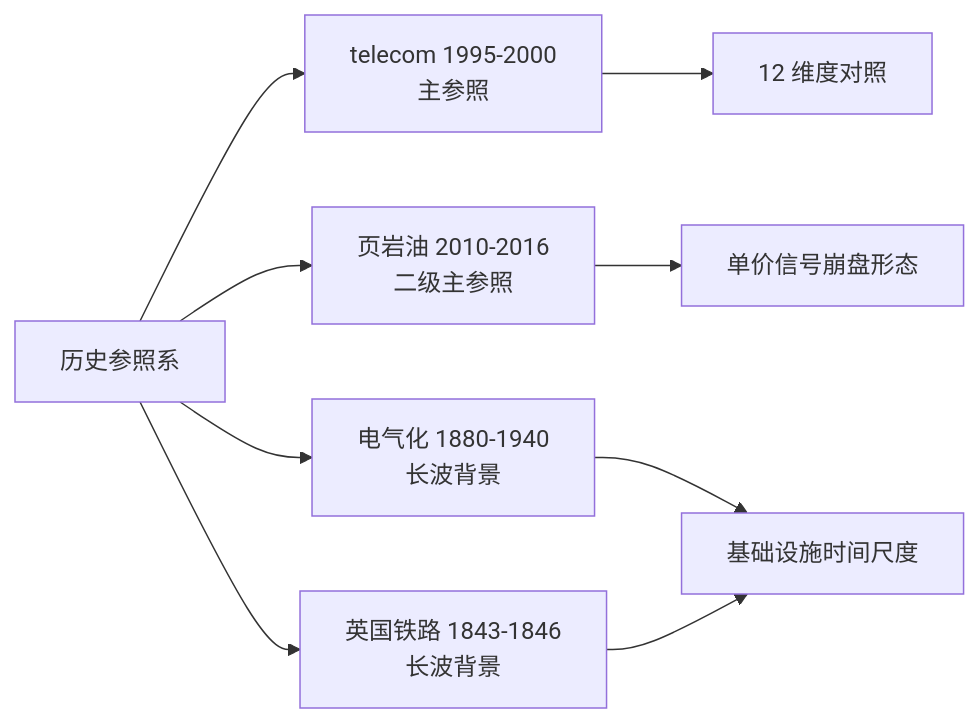
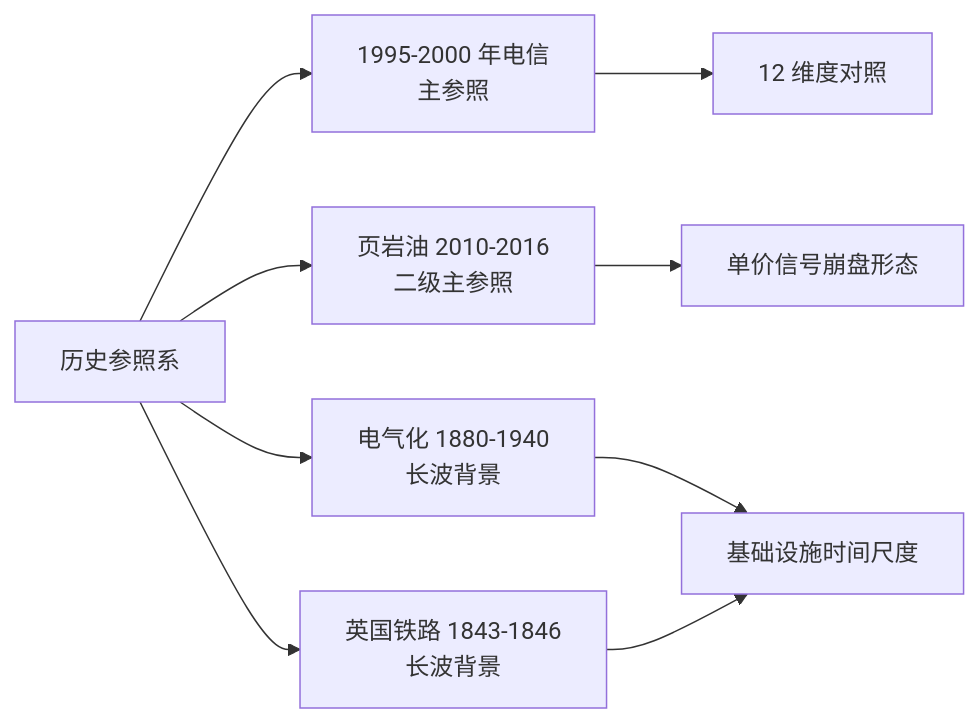
The first of 7 diagrams in book/29-cycle-positioning/README.md (diguike/book-compute-economics), drawn with Mermaid before and after one commit. The commit also changed other lines of this file and 33 other files, not shown here.

````diff
--- a/book/29-cycle-positioning/README.md
+++ b/book/29-cycle-positioning/README.md
@@ -22,11 +22,11 @@
 ```mermaid
 graph LR
-    A[历史参照系] --> B[telecom 1995-2000<br/>主参照]
+    A[历史参照系] --> B[1995-2000 年电信<br/>主参照]
     A --> C[页岩油 2010-2016<br/>二级主参照]
     A --> D[电气化 1880-1940<br/>长波背景]
     A --> E[英国铁路 1843-1846<br/>长波背景]
     B --> F[12 维度对照]
     C --> G[单价信号崩盘形态]
     D --> H[基础设施时间尺度]
     E --> H
 ```
````
